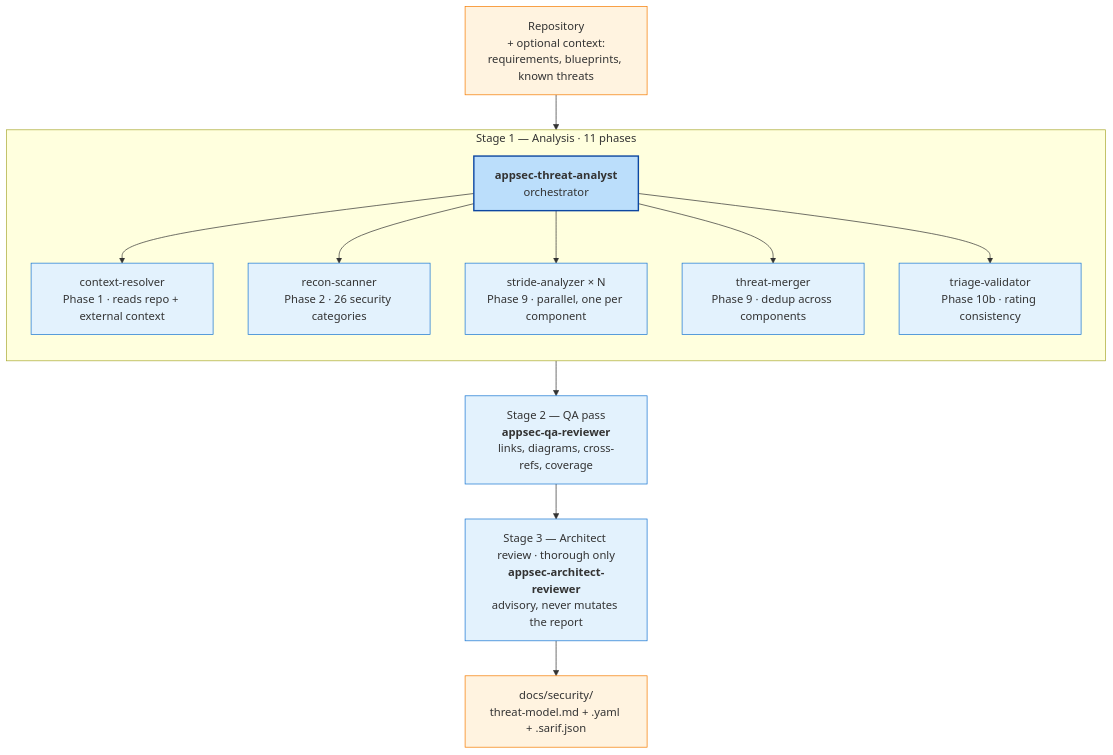
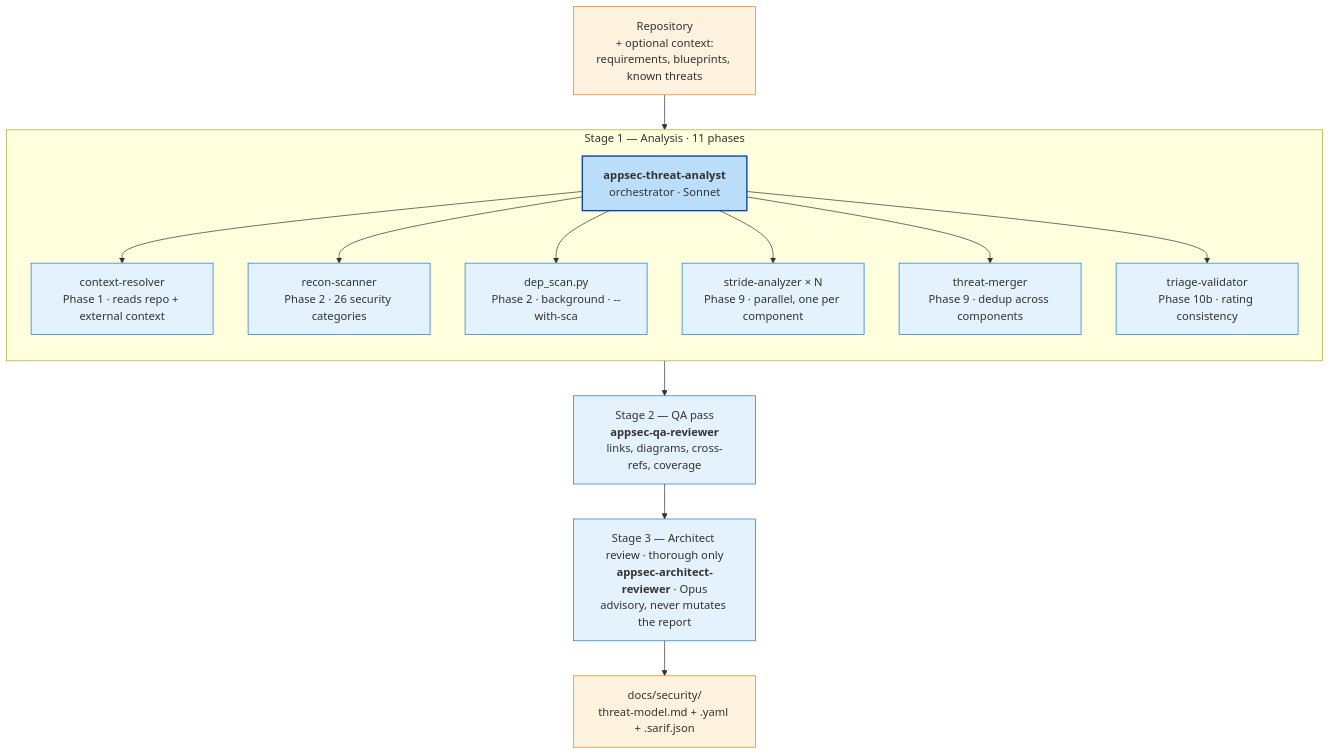
One commit to appsec-foundry/appsec-advisor changed the second of 2 diagrams in docs/threat-model-skill.md. Above: the diagram before and after it, drawn with Mermaid. The commit also changed other lines of this file and 59 other files, not shown here.

Commit message:
improved scan consistancy & report quality & refined documentation

````diff
--- a/docs/threat-model-skill.md
+++ b/docs/threat-model-skill.md
@@ -35,32 +54,34 @@
 ```mermaid
 flowchart TB
     IN[Repository<br/>+ optional context:<br/>requirements, blueprints, known threats]
 
     subgraph S1[Stage 1 — Analysis · 11 phases]
         direction TB
-        ORCH["<b>appsec-threat-analyst</b><br/>orchestrator"]
+        ORCH["<b>appsec-threat-analyst</b><br/>orchestrator · Sonnet"]
         CR[context-resolver<br/>Phase 1 · reads repo + external context]
         RS[recon-scanner<br/>Phase 2 · 26 security categories]
+        DS["dep_scan.py<br/>Phase 2 · background · --with-sca"]
         SA["stride-analyzer × N<br/>Phase 9 · parallel, one per component"]
         TM[threat-merger<br/>Phase 9 · dedup across components]
         TV[triage-validator<br/>Phase 10b · rating consistency]
         ORCH --> CR
         ORCH --> RS
+        ORCH --> DS
         ORCH --> SA
         ORCH --> TM
         ORCH --> TV
     end
 
     S2[Stage 2 — QA pass<br/><b>appsec-qa-reviewer</b><br/>links, diagrams, cross-refs, coverage]
-    S3[Stage 3 — Architect review · thorough only<br/><b>appsec-architect-reviewer</b><br/>advisory, never mutates the report]
+    S3[Stage 3 — Architect review · thorough only<br/><b>appsec-architect-reviewer</b> · Opus<br/>advisory, never mutates the report]
     OUT[docs/security/<br/>threat-model.md + .yaml + .sarif.json]
 
     IN --> S1 --> S2 --> S3 --> OUT
 
     classDef io fill:#fff3e0,stroke:#f57c00,stroke-width:1px
     classDef agent fill:#e3f2fd,stroke:#1976d2,stroke-width:1px
     classDef orch fill:#bbdefb,stroke:#0d47a1,stroke-width:2px
     class IN,OUT io
-    class CR,RS,SA,TM,TV,S2,S3 agent
+    class CR,RS,DS,SA,TM,TV,S2,S3 agent
     class ORCH orch
 ```
````
